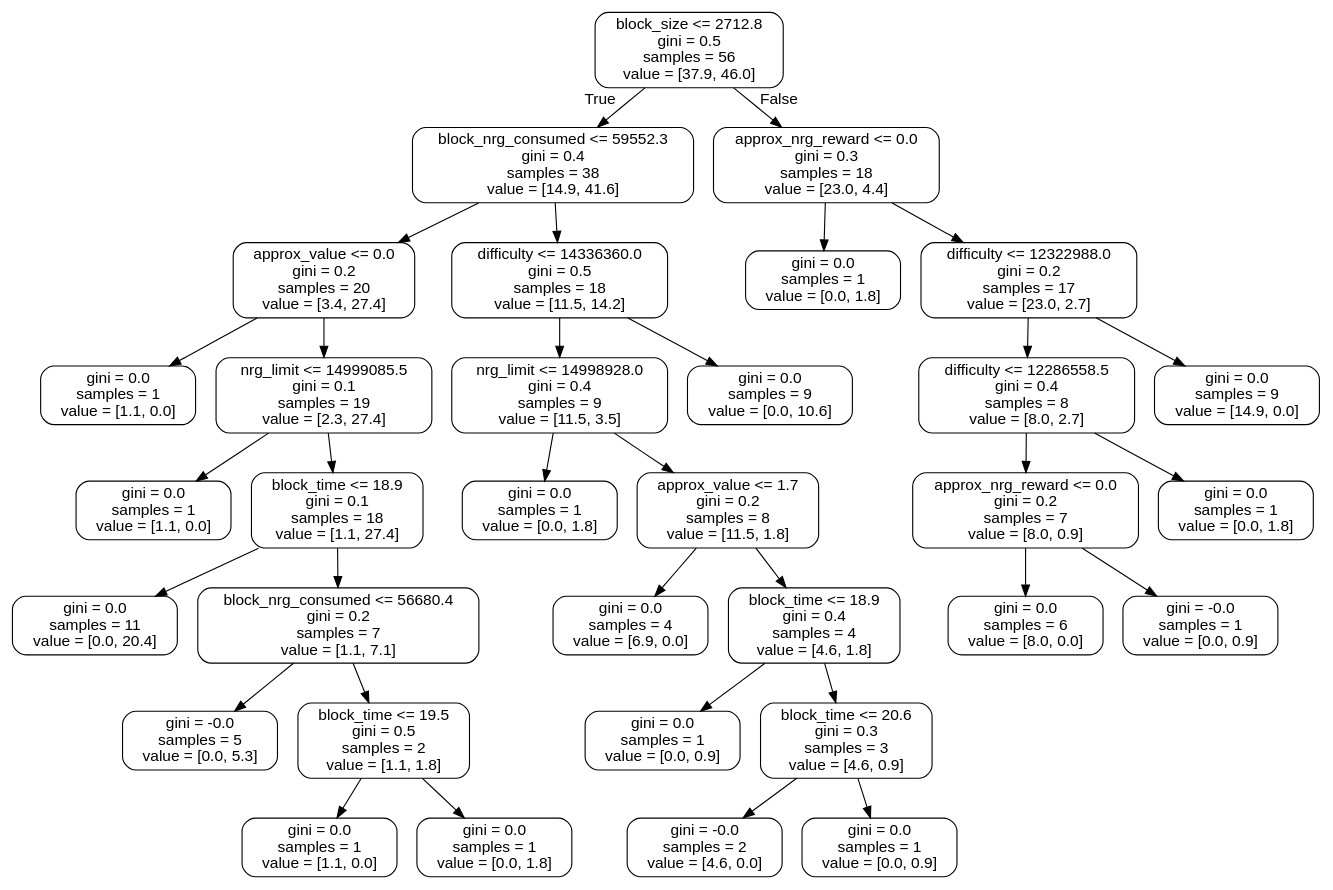
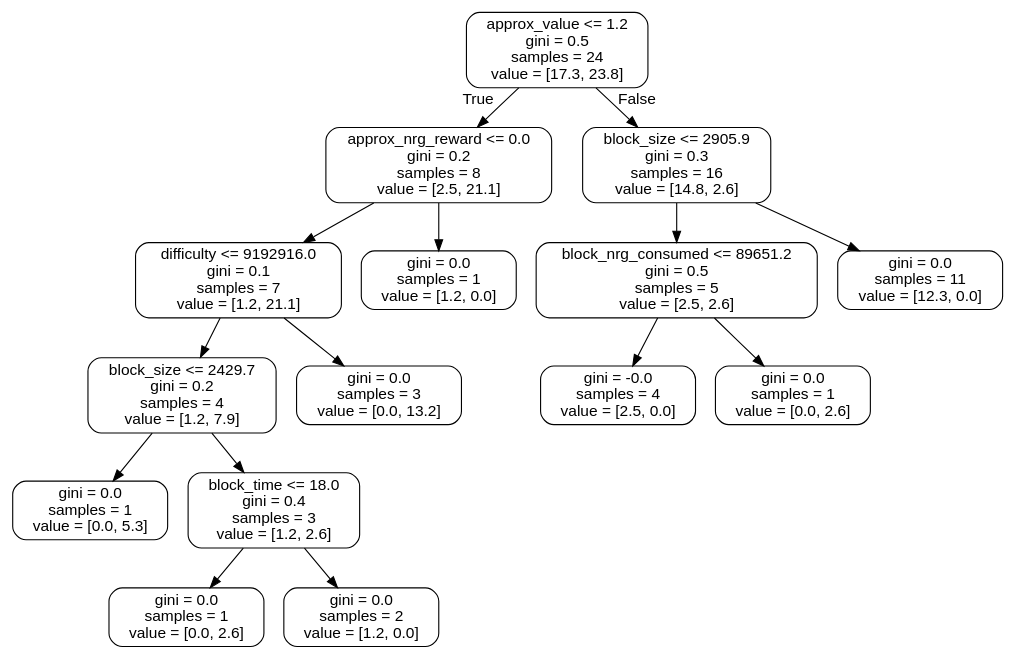
One commit to andre-aion/aion_analytics changed the diagram in small_tree.dot. Above: the diagram before and after it, drawn with Graphviz. The commit also changed 42 other files, not shown here.

```diff
--- a/small_tree.dot
+++ b/small_tree.dot
@@ -1,69 +1,33 @@
 digraph Tree {
 node [shape=box, style="rounded", color="black", fontname=helvetica] ;
 edge [fontname=helvetica] ;
-0 [label="block_size <= 2712.8\ngini = 0.5\nsamples = 56\nvalue = [37.9, 46.0]"] ;
-1 [label="block_nrg_consumed <= 59552.3\ngini = 0.4\nsamples = 38\nvalue = [14.9, 41.6]"] ;
+0 [label="approx_value <= 1.2\ngini = 0.5\nsamples = 24\nvalue = [17.3, 23.8]"] ;
+1 [label="approx_nrg_reward <= 0.0\ngini = 0.2\nsamples = 8\nvalue = [2.5, 21.1]"] ;
 0 -> 1 [labeldistance=2.5, labelangle=45, headlabel="True"] ;
-2 [label="approx_value <= 0.0\ngini = 0.2\nsamples = 20\nvalue = [3.4, 27.4]"] ;
+2 [label="difficulty <= 9192916.0\ngini = 0.1\nsamples = 7\nvalue = [1.2, 21.1]"] ;
 1 -> 2 ;
-3 [label="gini = 0.0\nsamples = 1\nvalue = [1.1, 0.0]"] ;
+3 [label="block_size <= 2429.7\ngini = 0.2\nsamples = 4\nvalue = [1.2, 7.9]"] ;
 2 -> 3 ;
-4 [label="nrg_limit <= 14999085.5\ngini = 0.1\nsamples = 19\nvalue = [2.3, 27.4]"] ;
-2 -> 4 ;
-5 [label="gini = 0.0\nsamples = 1\nvalue = [1.1, 0.0]"] ;
-4 -> 5 ;
-6 [label="block_time <= 18.9\ngini = 0.1\nsamples = 18\nvalue = [1.1, 27.4]"] ;
-4 -> 6 ;
-7 [label="gini = 0.0\nsamples = 11\nvalue = [0.0, 20.4]"] ;
-6 -> 7 ;
-8 [label="block_nrg_consumed <= 56680.4\ngini = 0.2\nsamples = 7\nvalue = [1.1, 7.1]"] ;
-6 -> 8 ;
-9 [label="gini = -0.0\nsamples = 5\nvalue = [0.0, 5.3]"] ;
-8 -> 9 ;
-10 [label="block_time <= 19.5\ngini = 0.5\nsamples = 2\nvalue = [1.1, 1.8]"] ;
-8 -> 10 ;
-11 [label="gini = 0.0\nsamples = 1\nvalue = [1.1, 0.0]"] ;
+4 [label="gini = 0.0\nsamples = 1\nvalue = [0.0, 5.3]"] ;
+3 -> 4 ;
+5 [label="block_time <= 18.0\ngini = 0.4\nsamples = 3\nvalue = [1.2, 2.6]"] ;
+3 -> 5 ;
+6 [label="gini = 0.0\nsamples = 1\nvalue = [0.0, 2.6]"] ;
+5 -> 6 ;
+7 [label="gini = 0.0\nsamples = 2\nvalue = [1.2, 0.0]"] ;
+5 -> 7 ;
+8 [label="gini = 0.0\nsamples = 3\nvalue = [0.0, 13.2]"] ;
+2 -> 8 ;
+9 [label="gini = 0.0\nsamples = 1\nvalue = [1.2, 0.0]"] ;
+1 -> 9 ;
+10 [label="block_size <= 2905.9\ngini = 0.3\nsamples = 16\nvalue = [14.8, 2.6]"] ;
+0 -> 10 [labeldistance=2.5, labelangle=-45, headlabel="False"] ;
+11 [label="block_nrg_consumed <= 89651.2\ngini = 0.5\nsamples = 5\nvalue = [2.5, 2.6]"] ;
 10 -> 11 ;
-12 [label="gini = 0.0\nsamples = 1\nvalue = [0.0, 1.8]"] ;
-10 -> 12 ;
-13 [label="difficulty <= 14336360.0\ngini = 0.5\nsamples = 18\nvalue = [11.5, 14.2]"] ;
-1 -> 13 ;
-14 [label="nrg_limit <= 14998928.0\ngini = 0.4\nsamples = 9\nvalue = [11.5, 3.5]"] ;
-13 -> 14 ;
-15 [label="gini = 0.0\nsamples = 1\nvalue = [0.0, 1.8]"] ;
-14 -> 15 ;
-16 [label="approx_value <= 1.7\ngini = 0.2\nsamples = 8\nvalue = [11.5, 1.8]"] ;
-14 -> 16 ;
-17 [label="gini = 0.0\nsamples = 4\nvalue = [6.9, 0.0]"] ;
-16 -> 17 ;
-18 [label="block_time <= 18.9\ngini = 0.4\nsamples = 4\nvalue = [4.6, 1.8]"] ;
-16 -> 18 ;
-19 [label="gini = 0.0\nsamples = 1\nvalue = [0.0, 0.9]"] ;
-18 -> 19 ;
-20 [label="block_time <= 20.6\ngini = 0.3\nsamples = 3\nvalue = [4.6, 0.9]"] ;
-18 -> 20 ;
-21 [label="gini = -0.0\nsamples = 2\nvalue = [4.6, 0.0]"] ;
-20 -> 21 ;
-22 [label="gini = 0.0\nsamples = 1\nvalue = [0.0, 0.9]"] ;
-20 -> 22 ;
-23 [label="gini = 0.0\nsamples = 9\nvalue = [0.0, 10.6]"] ;
-13 -> 23 ;
-24 [label="approx_nrg_reward <= 0.0\ngini = 0.3\nsamples = 18\nvalue = [23.0, 4.4]"] ;
-0 -> 24 [labeldistance=2.5, labelangle=-45, headlabel="False"] ;
-25 [label="gini = 0.0\nsamples = 1\nvalue = [0.0, 1.8]"] ;
-24 -> 25 ;
-26 [label="difficulty <= 12322988.0\ngini = 0.2\nsamples = 17\nvalue = [23.0, 2.7]"] ;
-24 -> 26 ;
-27 [label="difficulty <= 12286558.5\ngini = 0.4\nsamples = 8\nvalue = [8.0, 2.7]"] ;
-26 -> 27 ;
-28 [label="approx_nrg_reward <= 0.0\ngini = 0.2\nsamples = 7\nvalue = [8.0, 0.9]"] ;
-27 -> 28 ;
-29 [label="gini = 0.0\nsamples = 6\nvalue = [8.0, 0.0]"] ;
-28 -> 29 ;
-30 [label="gini = -0.0\nsamples = 1\nvalue = [0.0, 0.9]"] ;
-28 -> 30 ;
-31 [label="gini = 0.0\nsamples = 1\nvalue = [0.0, 1.8]"] ;
-27 -> 31 ;
-32 [label="gini = 0.0\nsamples = 9\nvalue = [14.9, 0.0]"] ;
-26 -> 32 ;
+12 [label="gini = -0.0\nsamples = 4\nvalue = [2.5, 0.0]"] ;
+11 -> 12 ;
+13 [label="gini = 0.0\nsamples = 1\nvalue = [0.0, 2.6]"] ;
+11 -> 13 ;
+14 [label="gini = 0.0\nsamples = 11\nvalue = [12.3, 0.0]"] ;
+10 -> 14 ;
 }
```
